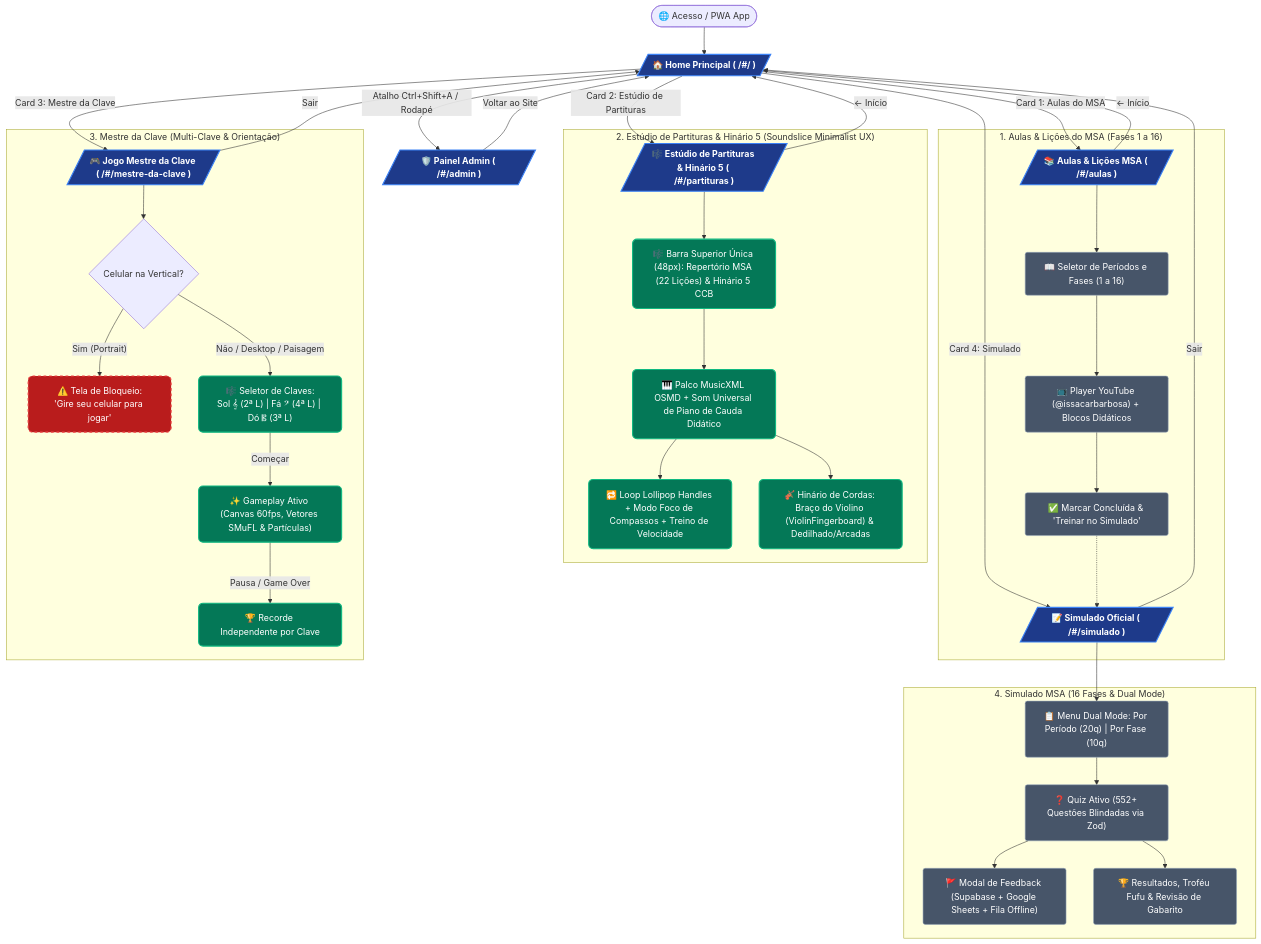
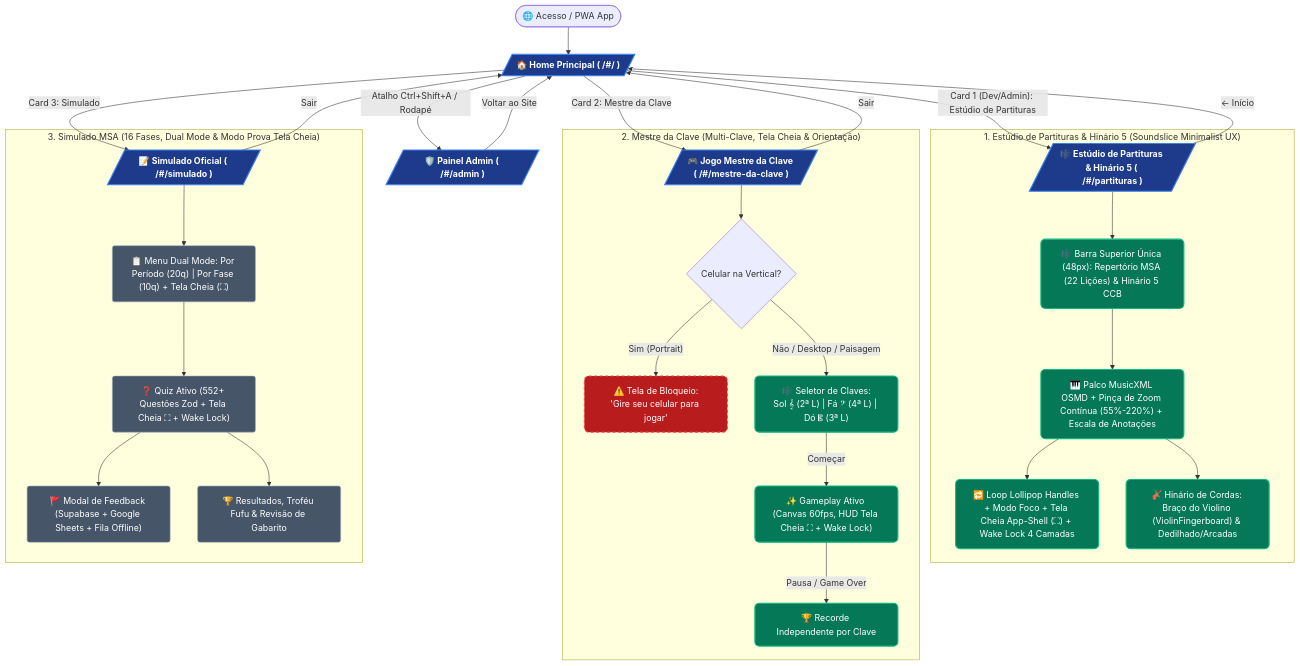
One commit to issacarbarbosa/issa-academy changed the diagram in FLUXO_USUARIO.md. Above: the diagram before and after it, drawn with Mermaid. The commit also changed other lines of this file and 21 other files, not shown here.

Commit message:
feat(mobile-ux): continuous pinch zoom, fullscreen app-shell & 4-layer screen wake lock (v1.5.1)

````diff
--- a/FLUXO_USUARIO.md
+++ b/FLUXO_USUARIO.md
@@ -9,57 +9,47 @@
 ```mermaid
 graph TD
     classDef route fill:#1e3a8a,stroke:#3b82f6,stroke-width:2px,color:#ffffff,font-weight:bold,rx:8px;
     classDef modal fill:#047857,stroke:#10b981,stroke-width:2px,color:#ffffff,rx:8px;
     classDef guard fill:#b91c1c,stroke:#ef4444,stroke-width:2px,color:#ffffff,stroke-dasharray: 5 5,rx:8px;
     classDef state fill:#475569,stroke:#94a3b8,stroke-width:1px,color:#ffffff,rx:4px;
 
     A([🌐 Acesso / PWA App]) --> B[/"🏠 Home Principal ( /#/ )"/]
     class B route;
 
-    B -- "Card 1: Aulas do MSA" --> C[/"📚 Aulas & Lições MSA ( /#/aulas )"/]
-    B -- "Card 2: Estúdio de Partituras" --> P[/"🎼 Estúdio de Partituras & Hinário 5 ( /#/partituras )"/]
-    B -- "Card 3: Mestre da Clave" --> D[/"🎮 Jogo Mestre da Clave ( /#/mestre-da-clave )"/]
-    B -- "Card 4: Simulado" --> E[/"📝 Simulado Oficial ( /#/simulado )"/]
+    B -- "Card 1 (Dev/Admin): Estúdio de Partituras" --> P[/"🎼 Estúdio de Partituras & Hinário 5 ( /#/partituras )"/]
+    B -- "Card 2: Mestre da Clave" --> D[/"🎮 Jogo Mestre da Clave ( /#/mestre-da-clave )"/]
+    B -- "Card 3: Simulado" --> E[/"📝 Simulado Oficial ( /#/simulado )"/]
     B -- "Atalho Ctrl+Shift+A / Rodapé" --> F[/"🛡️ Painel Admin ( /#/admin )"/]
-    class C,P,D,E,F route;
+    class P,D,E,F route;
 
-    subgraph S0 ["1. Aulas & Lições do MSA (Fases 1 a 16)"]
-        C --> C1["📖 Seletor de Períodos e Fases (1 a 16)"]
-        C1 --> C2["📺 Player YouTube (@issacarbarbosa) + Blocos Didáticos"]
-        C2 --> C3["✅ Marcar Concluída & 'Treinar no Simulado'"]
-        C3 -.-> E
-    end
-    class C1,C2,C3 state;
-
-    subgraph SP ["2. Estúdio de Partituras & Hinário 5 (Soundslice Minimalist UX)"]
+    subgraph SP ["1. Estúdio de Partituras & Hinário 5 (Soundslice Minimalist UX)"]
         P --> P1["🎼 Barra Superior Única (48px): Repertório MSA (22 Lições) & Hinário 5 CCB"]
-        P1 --> P2["🎹 Palco MusicXML OSMD + Som Universal de Piano de Cauda Didático"]
-        P2 --> P3["🔁 Loop Lollipop Handles + Modo Foco de Compassos + Treino de Velocidade"]
+        P1 --> P2["🎹 Palco MusicXML OSMD + Pinça de Zoom Contínua (55%-220%) + Escala de Anotações"]
+        P2 --> P3["🔁 Loop Lollipop Handles + Modo Foco + Tela Cheia App-Shell (⛶) + Wake Lock 4 Camadas"]
         P2 --> P4["🎻 Hinário de Cordas: Braço do Violino (ViolinFingerboard) & Dedilhado/Arcadas"]
     end
     class P1,P2,P3,P4 modal;
 
-    subgraph S1 ["3. Mestre da Clave (Multi-Clave & Orientação)"]
+    subgraph S1 ["2. Mestre da Clave (Multi-Clave, Tela Cheia & Orientação)"]
         D --> G{Celular na Vertical?}
         G -- "Sim (Portrait)" --> G1["⚠️ Tela de Bloqueio:<br>'Gire seu celular para jogar'"]
         class G1 guard;
         G -- "Não / Desktop / Paisagem" --> G2["🎼 Seletor de Claves:<br>Sol 𝄞 (2ª L) | Fá 𝄢 (4ª L) | Dó 𝄡 (3ª L)"]
-        G2 -- "Começar" --> G3["✨ Gameplay Ativo (Canvas 60fps, Vetores SMuFL & Partículas)"]
+        G2 -- "Começar" --> G3["✨ Gameplay Ativo (Canvas 60fps, HUD Tela Cheia ⛶ + Wake Lock)"]
         G3 -- "Pausa / Game Over" --> G5["🏆 Recorde Independente por Clave"]
         class G2,G3,G5 modal;
     end
 
-    subgraph S2 ["4. Simulado MSA (16 Fases & Dual Mode)"]
-        E --> H1["📋 Menu Dual Mode: Por Período (20q) | Por Fase (10q)"]
-        H1 --> H2["❓ Quiz Ativo (552+ Questões Blindadas via Zod)"]
+    subgraph S2 ["3. Simulado MSA (16 Fases, Dual Mode & Modo Prova Tela Cheia)"]
+        E --> H1["📋 Menu Dual Mode: Por Período (20q) | Por Fase (10q) + Tela Cheia (⛶)"]
+        H1 --> H2["❓ Quiz Ativo (552+ Questões Zod + Tela Cheia ⛶ + Wake Lock)"]
         H2 --> H_MODAL["🚩 Modal de Feedback (Supabase + Google Sheets + Fila Offline)"]
         H2 --> H4["🏆 Resultados, Troféu Fufu & Revisão de Gabarito"]
     end
     class H1,H2,H4,H_MODAL state;
 
-    C -- "← Início" --> B
     P -- "← Início" --> B
     D -- "Sair" --> B
     E -- "Sair" --> B
     F -- "Voltar ao Site" --> B
 ```
````
